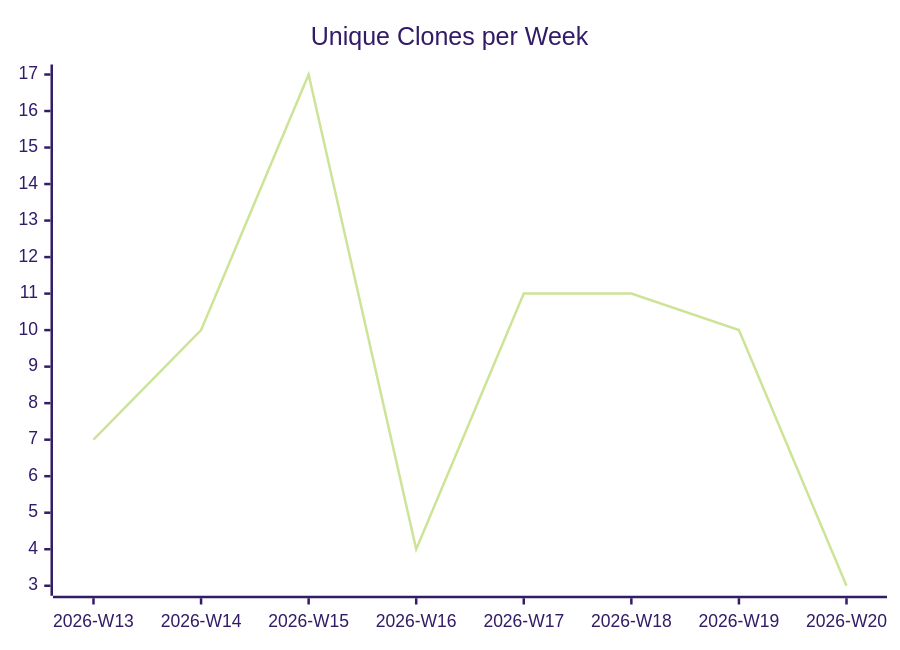
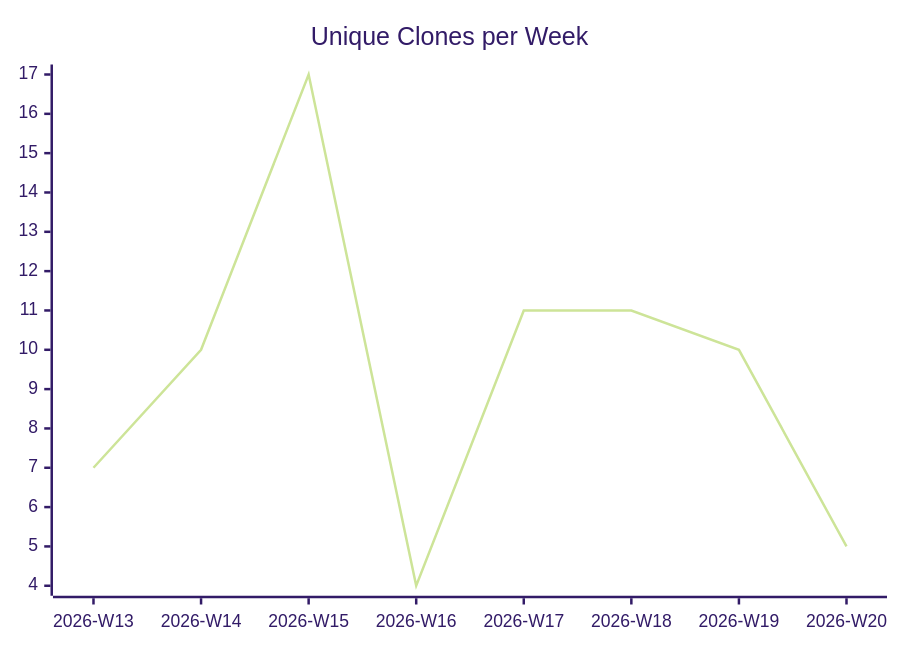
Before and after one commit to justdavis-family/github-analytics-data: the third of 3 diagrams in karlmdavis/ksoap2-android/README.md, drawn with Mermaid (forest theme). The commit also changed other lines of this file and 190 other files, not shown here.

````diff
--- a/karlmdavis/ksoap2-android/README.md
+++ b/karlmdavis/ksoap2-android/README.md
@@ -19,6 +19,6 @@
 ```mermaid
 xychart-beta
   title "Unique Clones per Week"
   x-axis ["2026-W13", "2026-W14", "2026-W15", "2026-W16", "2026-W17", "2026-W18", "2026-W19", "2026-W20"]
-  line [7, 10, 17, 4, 11, 11, 10, 3]
+  line [7, 10, 17, 4, 11, 11, 10, 5]
 ```
````
